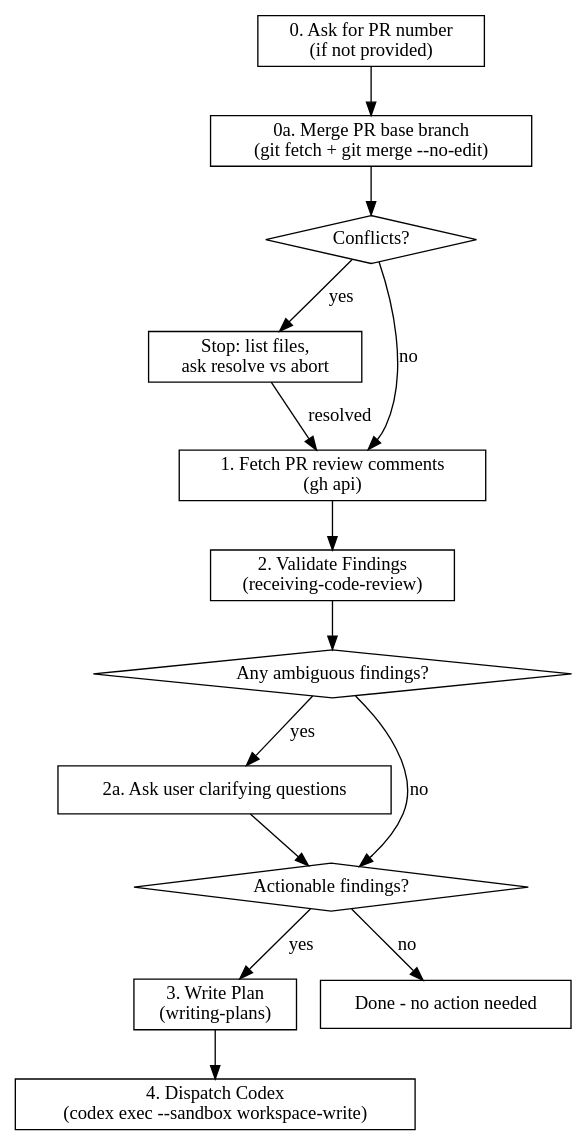
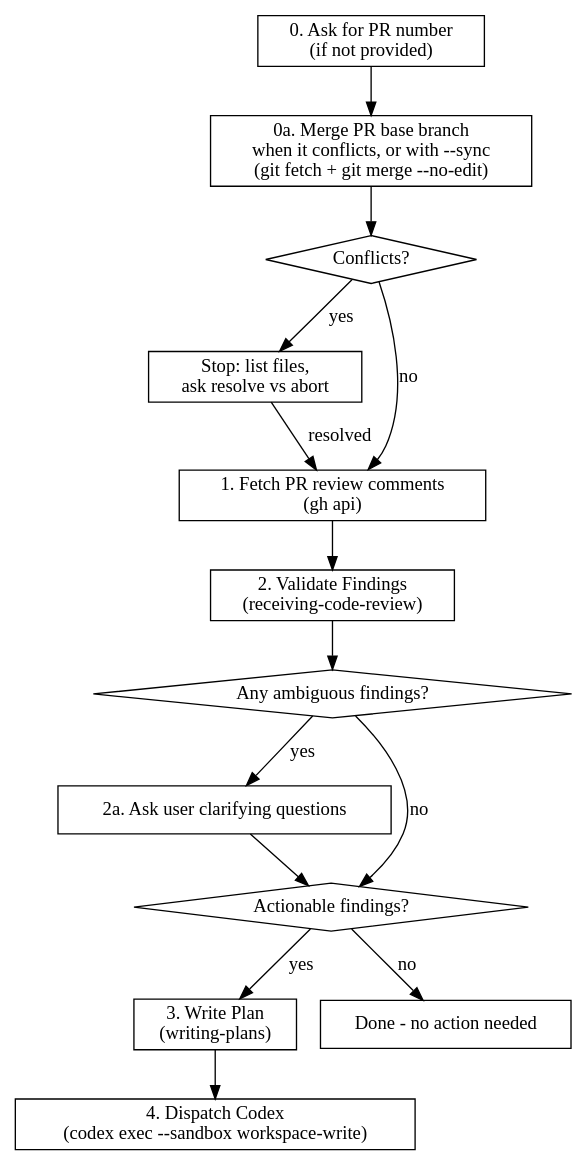
Before and after one commit to jrsgacusan/juel-claude: the diagram in skills/receive-review-and-execute/SKILL.md, drawn with Graphviz. The commit also changed other lines of this file and 4 other files, not shown here.

Commit message:
fix(#109): receive-review-and-execute merges the base only when the PR conflicts, or with --sync

````diff
--- a/skills/receive-review-and-execute/SKILL.md
+++ b/skills/receive-review-and-execute/SKILL.md
@@ -177,33 +178,33 @@
 ```dot
 digraph flow {
     rankdir=TB;
     node [shape=box];
 
     ask [label="0. Ask for PR number\n(if not provided)"];
-    sync [label="0a. Merge PR base branch\n(git fetch + git merge --no-edit)"];
+    sync [label="0a. Merge PR base branch\nwhen it conflicts, or with --sync\n(git fetch + git merge --no-edit)"];
     conflict [label="Conflicts?" shape=diamond];
     stop_conflict [label="Stop: list files,\nask resolve vs abort"];
     fetch [label="1. Fetch PR review comments\n(gh api)"];
     validate [label="2. Validate Findings\n(receiving-code-review)"];
     ambiguous [label="Any ambiguous findings?" shape=diamond];
     clarify [label="2a. Ask user clarifying questions"];
     has_findings [label="Actionable findings?" shape=diamond];
     plan [label="3. Write Plan\n(writing-plans)"];
     execute [label="4. Dispatch Codex\n(codex exec --sandbox workspace-write)"];
     done [label="Done - no action needed"];
 
     ask -> sync;
     sync -> conflict;
     conflict -> stop_conflict [label="yes"];
     conflict -> fetch [label="no"];
     stop_conflict -> fetch [label="resolved"];
     fetch -> validate;
     validate -> ambiguous;
     ambiguous -> clarify [label="yes"];
     ambiguous -> has_findings [label="no"];
     clarify -> has_findings;
     has_findings -> plan [label="yes"];
     has_findings -> done [label="no"];
     plan -> execute;
 }
 ```
````
